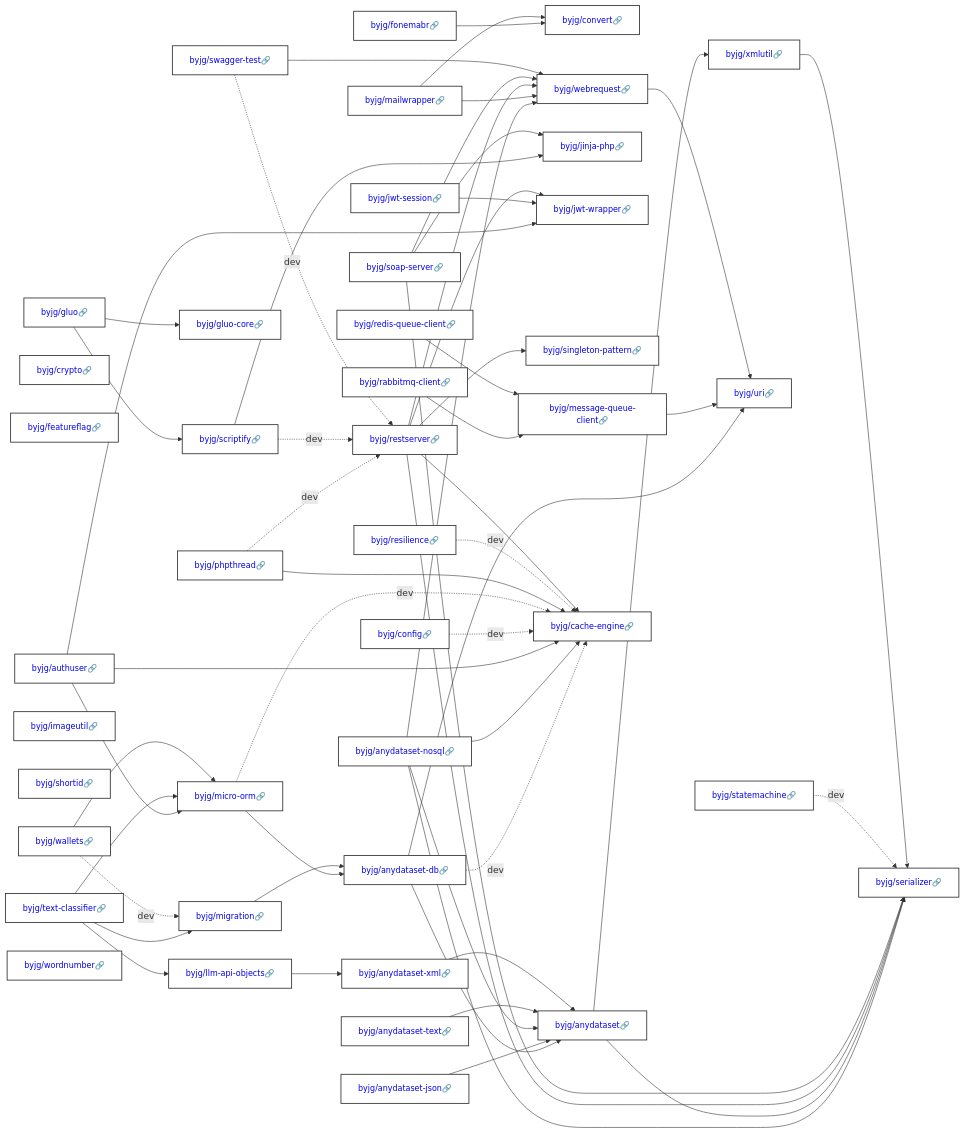
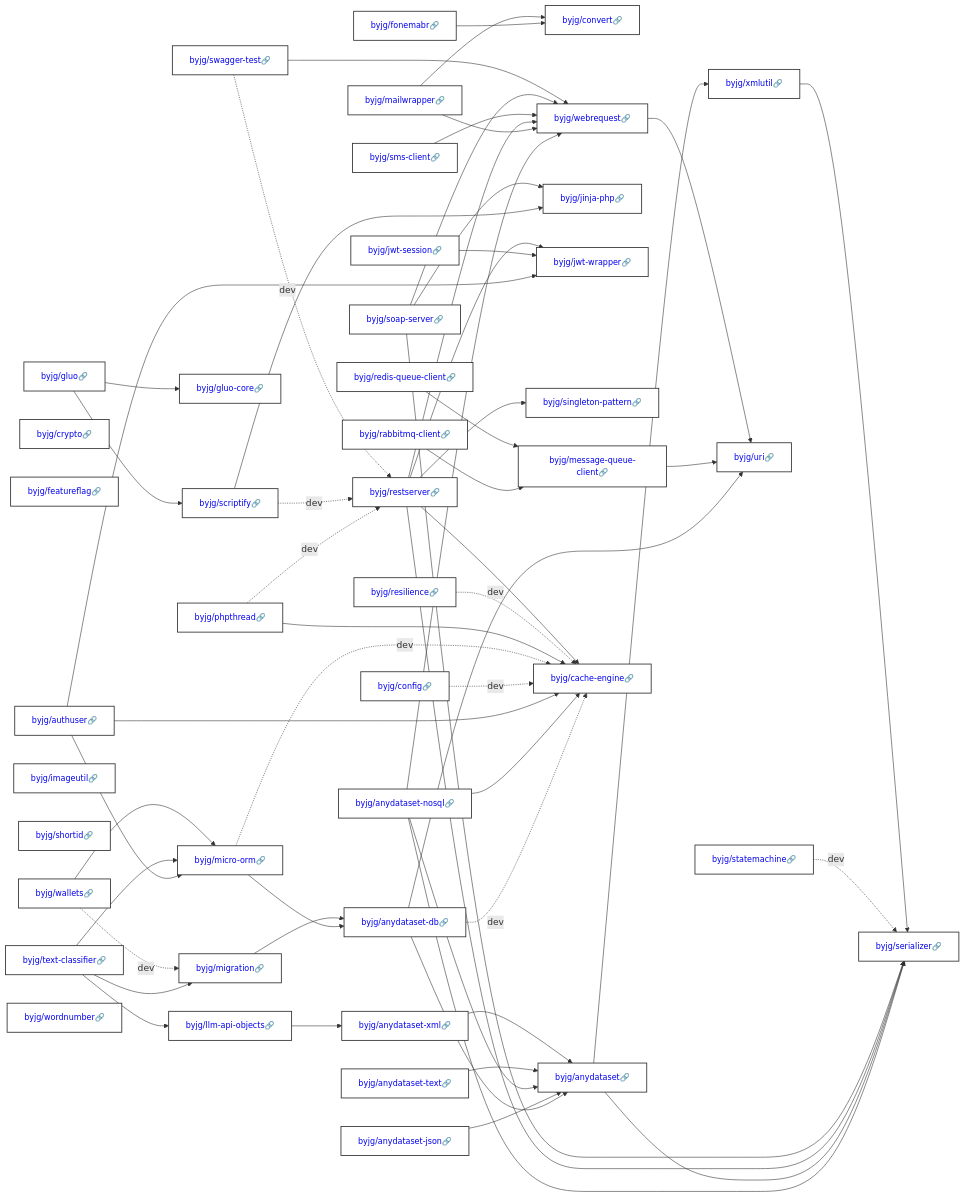
Before and after one commit to byjg/byjg.github.io: the diagram in docs/php/README.md, drawn with Mermaid. The commit also changed 6 other files, not shown here.

Commit message:
Update documentation 'php' 'php-sms-client'

```diff
--- a/docs/php/README.md
+++ b/docs/php/README.md
@@ -23,6 +23,7 @@
   byjg/redis-queue-client[<a href='https://opensource.byjg.com/docs/php/redis-queue-client' style='text-decoration:none'>byjg/redis-queue-client🔗</a>];
   byjg/resilience[<a href='https://opensource.byjg.com/docs/php/resilience' style='text-decoration:none'>byjg/resilience🔗</a>];
   byjg/shortid[<a href='https://opensource.byjg.com/docs/php/shortid' style='text-decoration:none'>byjg/shortid🔗</a>];
+  byjg/sms-client[<a href='https://opensource.byjg.com/docs/php/sms-client' style='text-decoration:none'>byjg/sms-client🔗</a>];
   byjg/soap-server[<a href='https://opensource.byjg.com/docs/php/soap-server' style='text-decoration:none'>byjg/soap-server🔗</a>];
   byjg/statemachine[<a href='https://opensource.byjg.com/docs/php/statemachine' style='text-decoration:none'>byjg/statemachine🔗</a>];
   byjg/swagger-test[<a href='https://opensource.byjg.com/docs/php/swagger-test' style='text-decoration:none'>byjg/swagger-test🔗</a>];
@@ -87,6 +88,7 @@
   byjg/restserver --> byjg/webrequest;
   byjg/scriptify --> byjg/jinja-php;
   byjg/scriptify -.->|dev| byjg/restserver;
+  byjg/sms-client --> byjg/webrequest;
   byjg/soap-server --> byjg/jinja-php;
   byjg/soap-server --> byjg/serializer;
   byjg/soap-server --> byjg/webrequest;
```
